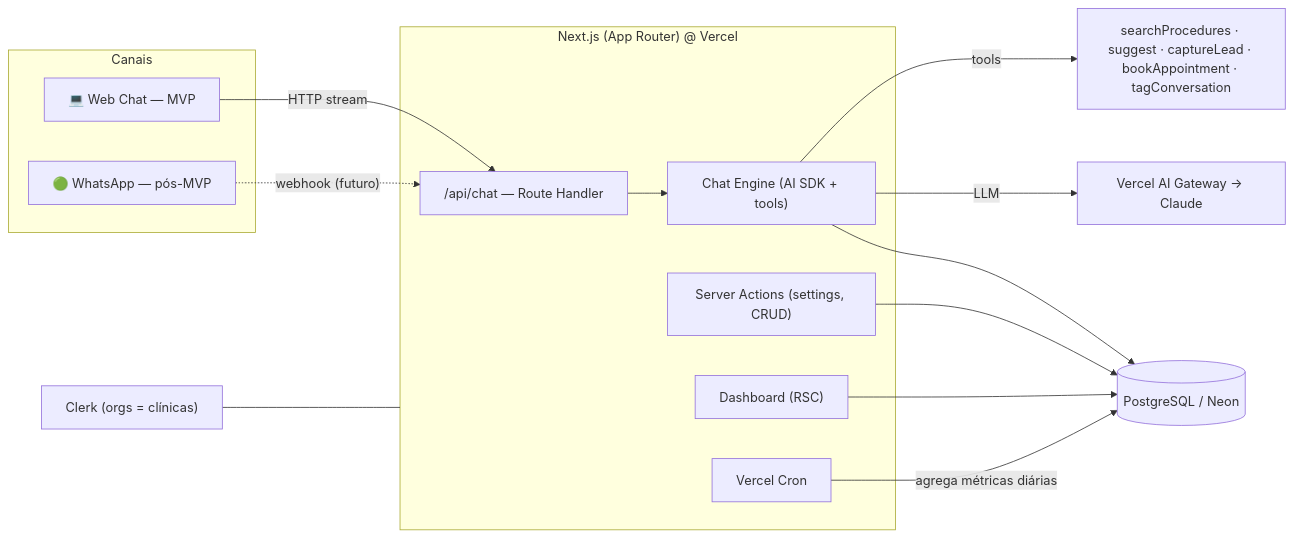
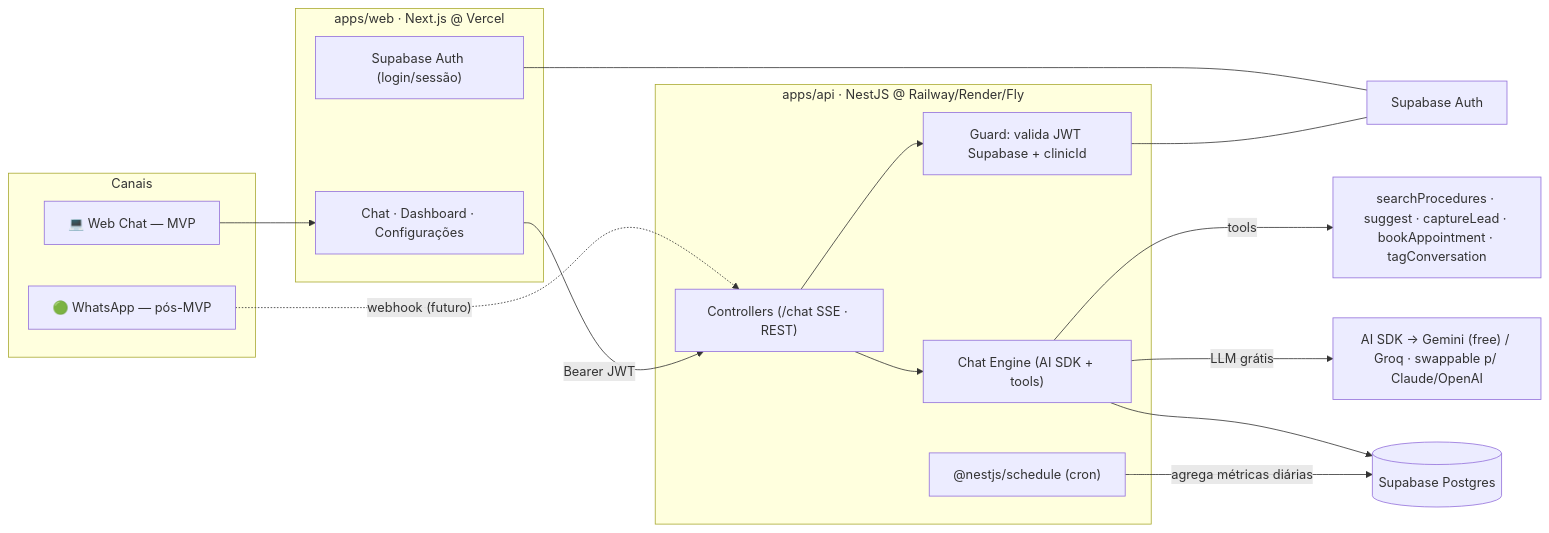
One commit to diogo19025/dentaltrack changed the first of 2 diagrams in docs/context.md. Above: the diagram before and after it, drawn with Mermaid. The commit also changed other lines of this file and 1 other file, not shown here.

Commit message:
att: new plan + new contexto

````diff
--- a/docs/context.md
+++ b/docs/context.md
@@ -137,26 +138,31 @@
 ```mermaid
 flowchart LR
   subgraph Canais
     Web["💻 Web Chat — MVP"]
     WA["🟢 WhatsApp — pós-MVP"]
   end
-  Web -->|HTTP stream| API
-  WA -. webhook (futuro) .-> API
 
-  subgraph App["Next.js (App Router) @ Vercel"]
-    API["/api/chat — Route Handler"]
-    Engine["Chat Engine (AI SDK + tools)"]
-    Actions["Server Actions (settings, CRUD)"]
-    RSC["Dashboard (RSC)"]
-    Cron["Vercel Cron"]
+  subgraph FE["apps/web · Next.js @ Vercel"]
+    UI["Chat · Dashboard · Configurações"]
+    AuthFE["Supabase Auth (login/sessão)"]
   end
 
-  API --> Engine
+  subgraph BE["apps/api · NestJS @ Railway/Render/Fly"]
+    Ctrl["Controllers (/chat SSE · REST)"]
+    Guard["Guard: valida JWT Supabase + clinicId"]
+    Engine["Chat Engine (AI SDK + tools)"]
+    Jobs["@nestjs/schedule (cron)"]
+  end
+
+  Web --> UI
+  WA -. webhook (futuro) .-> Ctrl
+  UI -->|Bearer JWT| Ctrl
+  Ctrl --> Guard
+  Ctrl --> Engine
   Engine -->|tools| Tools["searchProcedures · suggest · captureLead · bookAppointment · tagConversation"]
-  Engine -->|LLM| Gateway["Vercel AI Gateway → Claude"]
-  Engine --> DB[("PostgreSQL / Neon")]
-  Actions --> DB
-  RSC --> DB
-  Cron -->|agrega métricas diárias| DB
-  Auth["Clerk (orgs = clínicas)"] --- App
+  Engine -->|LLM grátis| LLM["AI SDK → Gemini (free) / Groq · swappable p/ Claude/OpenAI"]
+  Engine --> DB[("Supabase Postgres")]
+  Jobs -->|agrega métricas diárias| DB
+  AuthFE --- Supa["Supabase Auth"]
+  Guard --- Supa
 ```
````
